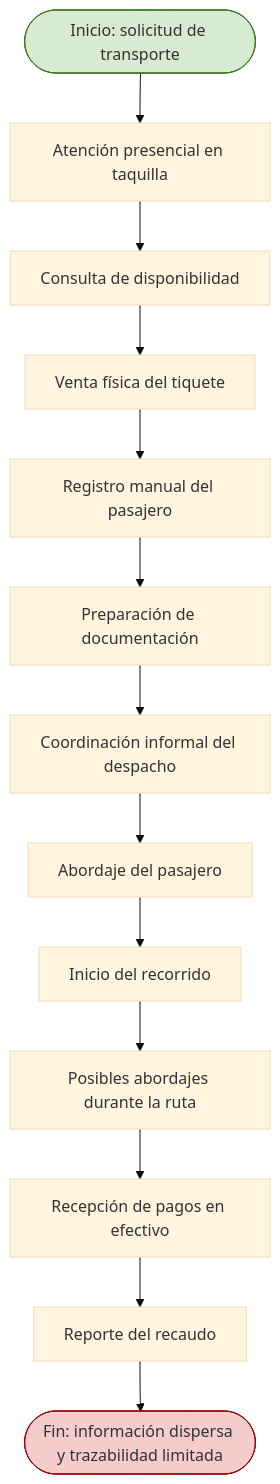
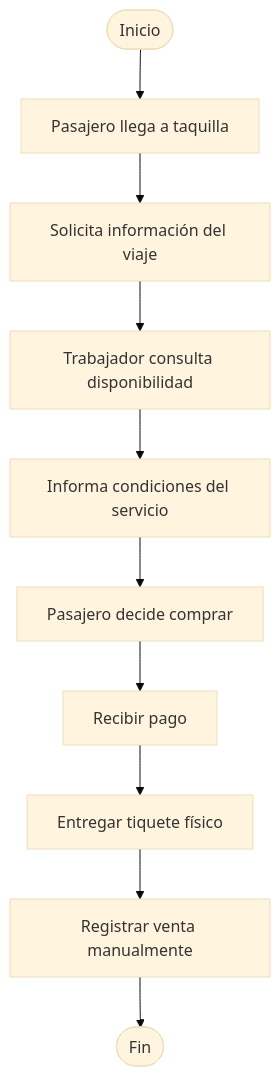
Before and after one commit to santiyn2/arquitectura-empresarial-cootransoriente-ucc: the first of 11 diagrams in Arquitectura de negocio y diagnóstico empresarial.md, drawn with Mermaid (base theme). The commit also changed other lines of this file, not shown here.

````diff
--- a/Arquitectura de negocio y diagnóstico empresarial.md
+++ b/Arquitectura de negocio y diagnóstico empresarial.md
@@ -460,18 +345,12 @@
 ```mermaid
 flowchart TD
-    A([Inicio: solicitud de transporte]) --> B[Atención presencial en taquilla]
-    B --> C[Consulta de disponibilidad]
-    C --> D[Venta física del tiquete]
-    D --> E[Registro manual del pasajero]
-    E --> F[Preparación de documentación]
-    F --> G[Coordinación informal del despacho]
-    G --> H[Abordaje del pasajero]
-    H --> I[Inicio del recorrido]
-    I --> J[Posibles abordajes durante la ruta]
-    J --> K[Recepción de pagos en efectivo]
-    K --> L[Reporte del recaudo]
-    L --> M([Fin: información dispersa y trazabilidad limitada])
-
-    style A fill:#d9ead3,stroke:#38761d
-    style M fill:#f4cccc,stroke:#990000
+ A([Inicio]) --> B[Pasajero llega a taquilla]
+ B --> C[Solicita información del viaje]
+ C --> D[Trabajador consulta disponibilidad]
+ D --> E[Informa condiciones del servicio]
+ E --> F[Pasajero decide comprar]
+ F --> G[Recibir pago]
+ G --> H[Entregar tiquete físico]
+ H --> I[Registrar venta manualmente]
+ I --> J([Fin])
 ```
````
